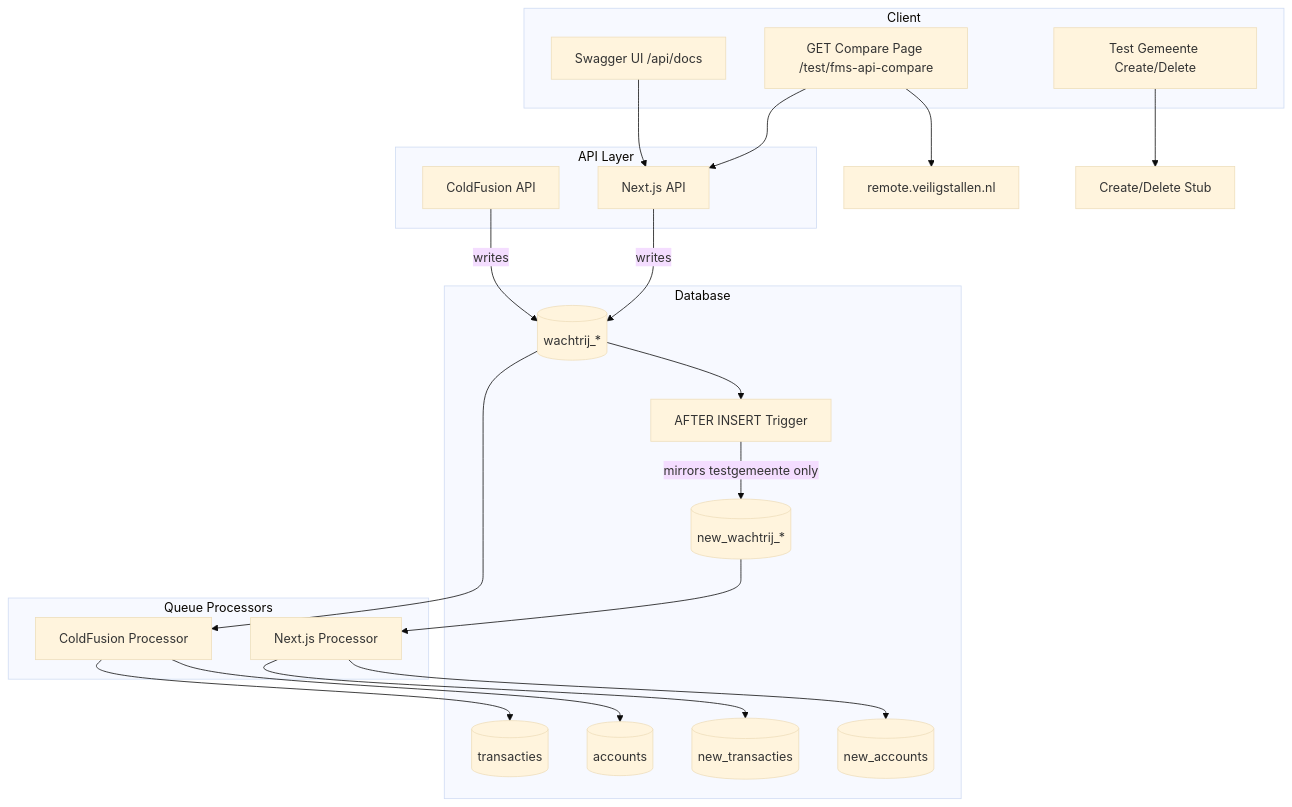
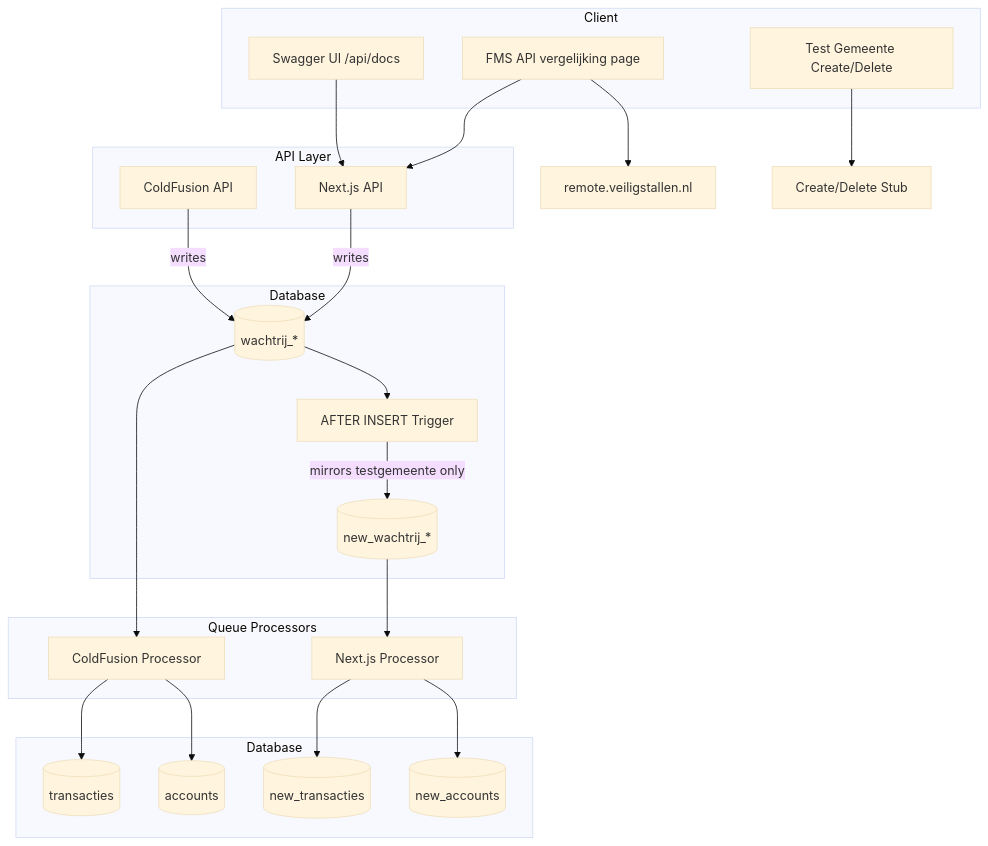
Before and after one commit to Stichting-CROW/fietsberaad-veiligstallen-app: the diagram in docs/analyse-motorblok/API_PORTING_PLAN.md, drawn with Mermaid (base theme). The commit also changed other lines of this file and 4 other files, not shown here.

Commit message:
fix V3 locations/{locationid}, update plan diagram

````diff
--- a/docs/analyse-motorblok/API_PORTING_PLAN.md
+++ b/docs/analyse-motorblok/API_PORTING_PLAN.md
@@ -60,44 +60,47 @@
 ```mermaid
 flowchart TB
     subgraph Client [Client]
         SwaggerUI[Swagger UI /api/docs]
-        ComparePage[GET Compare Page /test/fms-api-compare]
+        ComparePage[FMS API vergelijking page]
         TestGemeente[Test Gemeente Create/Delete]
     end
 
     subgraph API [API Layer]
         CFAPI[ColdFusion API]
         NextAPI[Next.js API]
     end
 
     subgraph DB [Database]
-        Wachtrij[(wachtrij_*)]
+        Wachtrij[("wachtrij_*")]
         Trigger[AFTER INSERT Trigger]
-        NewWachtrij[(new_wachtrij_*)]
+        NewWachtrij[("new_wachtrij_*")]
+    end 
+
+    subgraph DB2 [Database]
         Transacties[(transacties)]
         Accounts[(accounts)]
         NewTransacties[(new_transacties)]
         NewAccounts[(new_accounts)]
     end
 
     subgraph Processors [Queue Processors]
         CFProc[ColdFusion Processor]
         NextProc[Next.js Processor]
     end
 
     SwaggerUI --> NextAPI
     ComparePage --> OldAPI[remote.veiligstallen.nl]
     ComparePage --> NextAPI
     TestGemeente --> CreateDelete[Create/Delete Stub]
 
     CFAPI -->|writes| Wachtrij
     NextAPI -->|writes| Wachtrij
     Wachtrij --> Trigger
     Trigger -->|mirrors testgemeente only| NewWachtrij
     Wachtrij --> CFProc
     CFProc --> Transacties
     CFProc --> Accounts
     NewWachtrij --> NextProc
     NextProc --> NewTransacties
     NextProc --> NewAccounts
 ```
````
